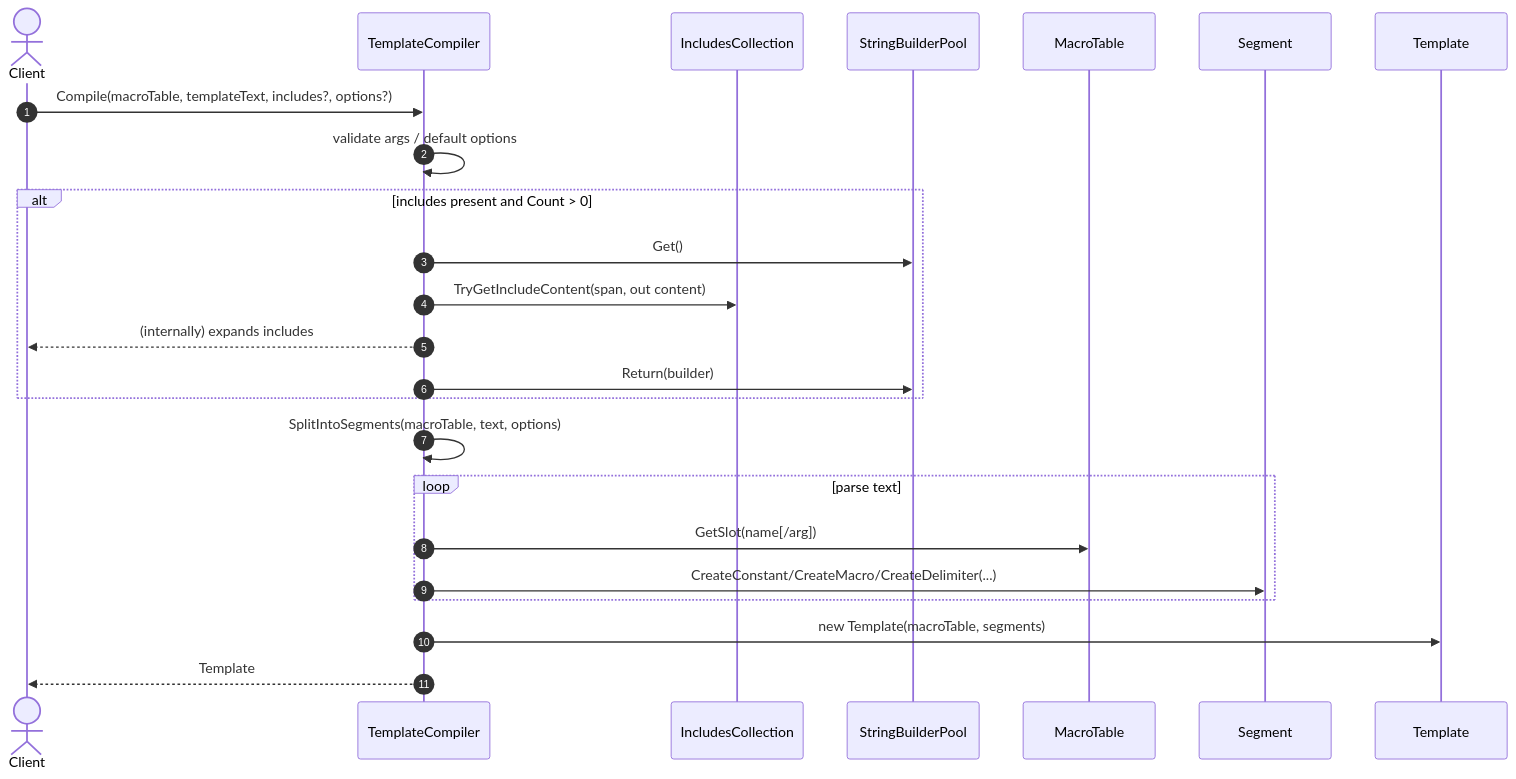
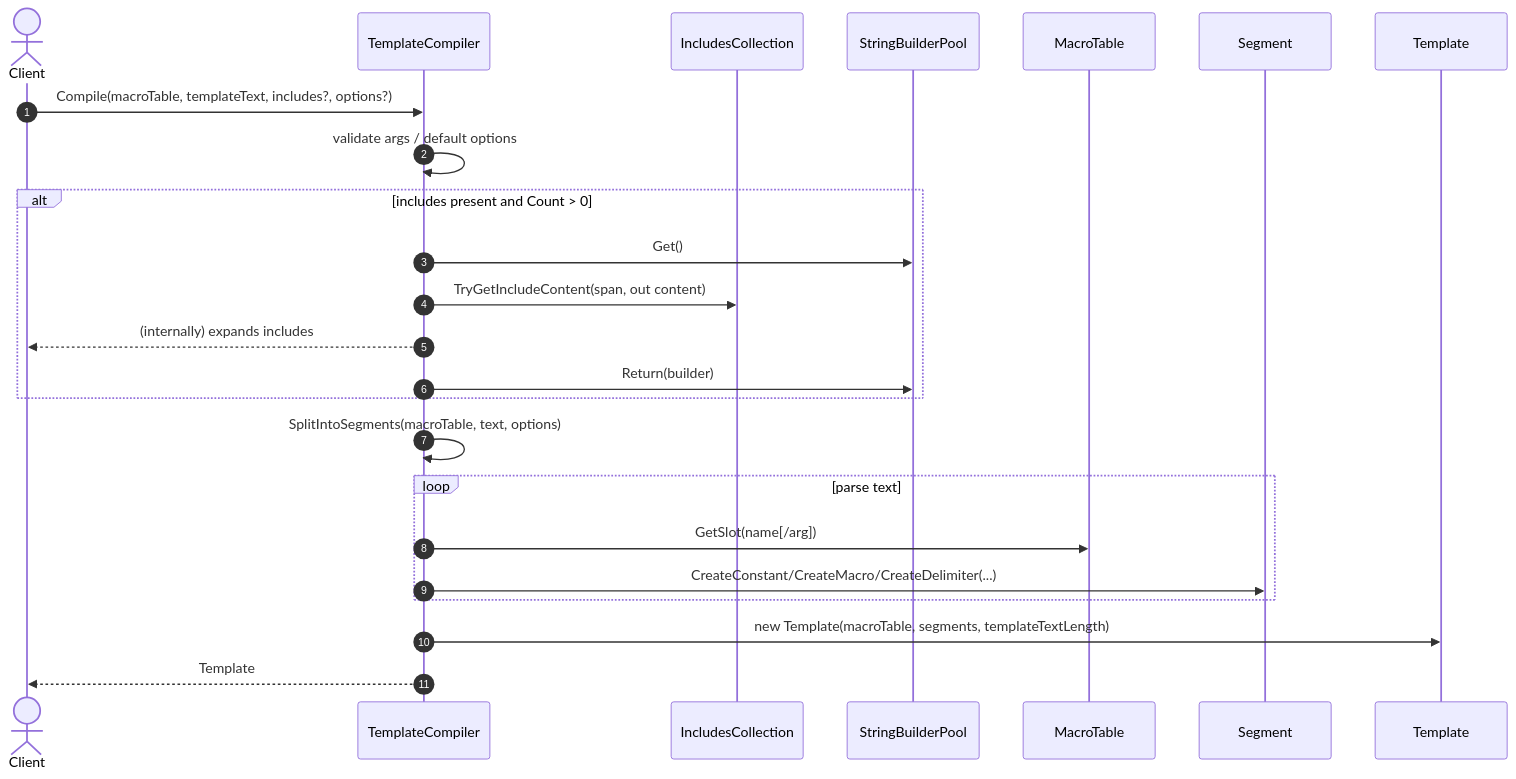
Before and after one commit to eddievelasquez/IntercodeToolbox: the second of 3 diagrams in Intercode.Toolbox.TemplateEngine/Documentation/Diagrams.md, drawn with Mermaid. The commit also changed other lines of this file, not shown here.

Commit message:
Updated diagrams to match the existing source code

````diff
--- a/Intercode.Toolbox.TemplateEngine/Documentation/Diagrams.md
+++ b/Intercode.Toolbox.TemplateEngine/Documentation/Diagrams.md
@@ -162,27 +165,27 @@
 ```mermaid
 sequenceDiagram
   autonumber
   actor Client
   participant TB as TemplateCompiler
   participant IT as IncludesCollection
   participant SBP as StringBuilderPool
   participant MT as MacroTable
   participant SEG as Segment
   participant T as Template
 
   Client->>TB: Compile(macroTable, templateText, includes?, options?)
   TB->>TB: validate args / default options
   alt includes present and Count > 0
     TB->>SBP: Get()
     TB->>IT: TryGetIncludeContent(span, out content)
     TB-->>Client: (internally) expands includes
     TB->>SBP: Return(builder)
   end
   TB->>TB: SplitIntoSegments(macroTable, text, options)
   loop parse text
     TB->>MT: GetSlot(name[/arg])
     TB->>SEG: CreateConstant/CreateMacro/CreateDelimiter(...)
   end
-  TB->>T: new Template(macroTable, segments)
+  TB->>T: new Template(macroTable, segments, templateTextLength)
   TB-->>Client: Template
 ```
````
